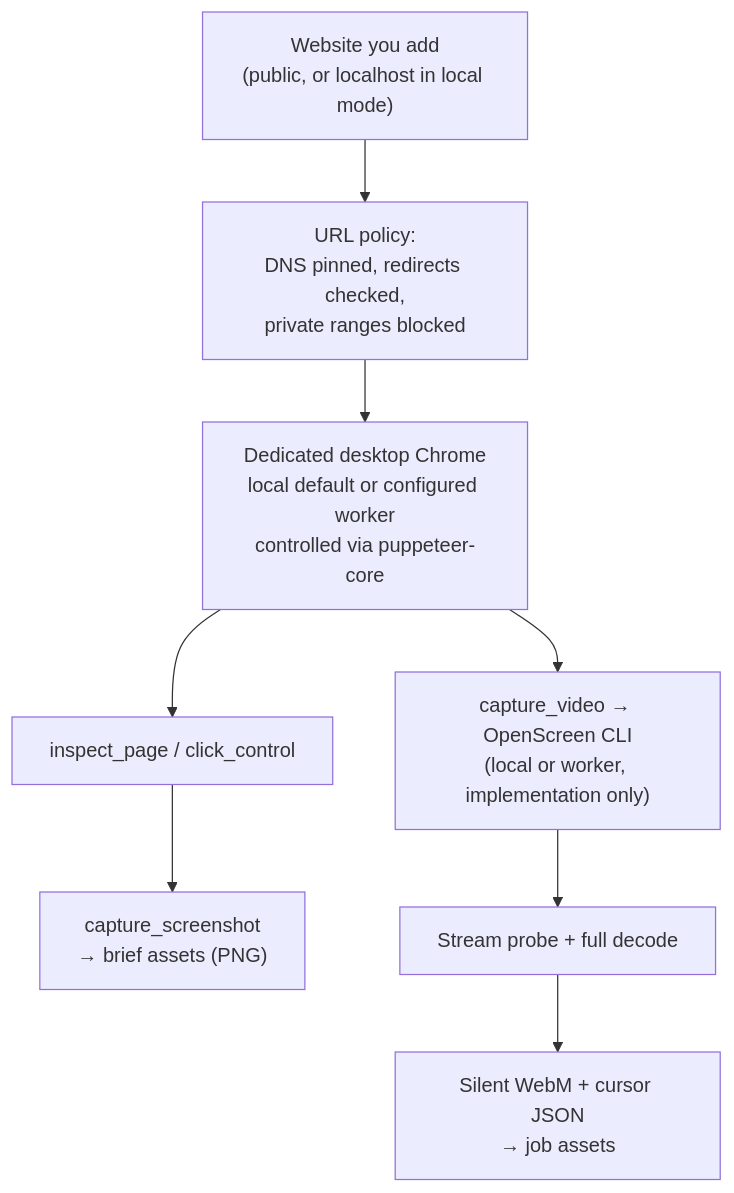
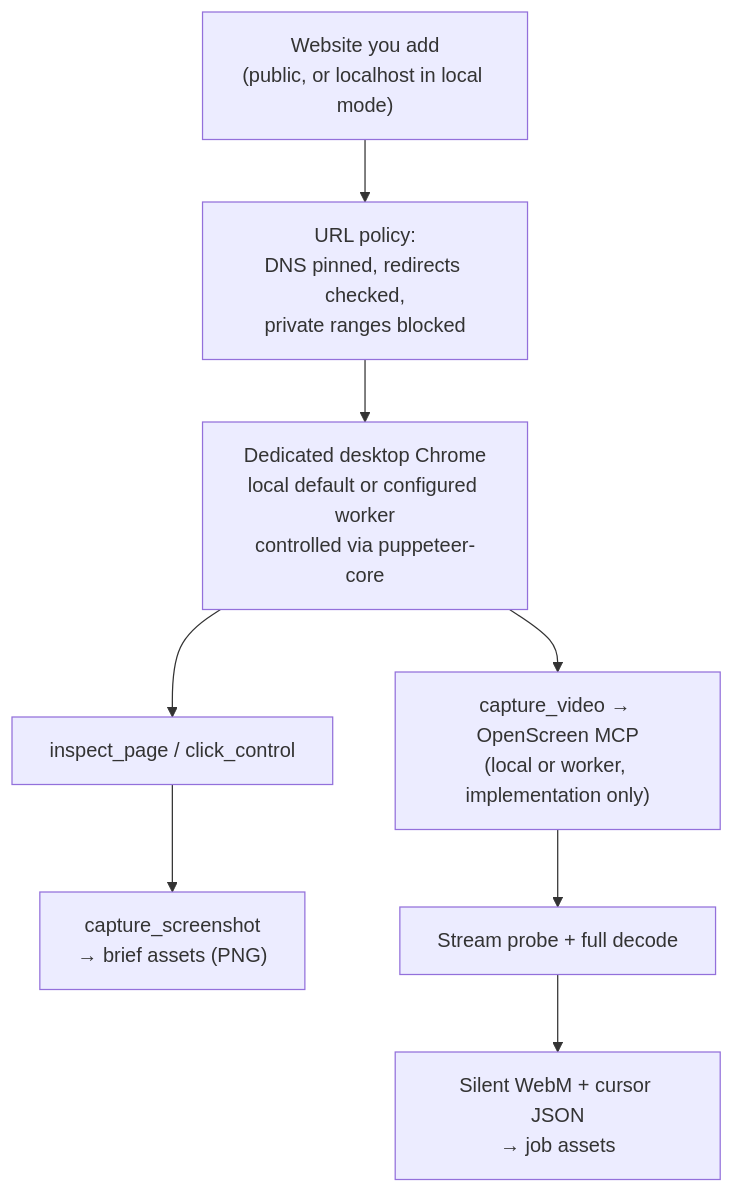
Before and after one commit to delexw/kiteva: diagram 11 of 13 in docs/architecture.md, drawn with Mermaid. The commit also changed other lines of this file and 155 other files, not shown here.

````diff
--- a/docs/architecture.md
+++ b/docs/architecture.md
@@ -385,10 +394,10 @@
 ```mermaid
 flowchart TB
   URL["Website you add<br/>(public, or localhost in local mode)"] --> Check["URL policy:<br/>DNS pinned, redirects checked,<br/>private ranges blocked"]
   Check --> Session["Dedicated desktop Chrome<br/>local default or configured worker<br/>controlled via puppeteer-core"]
   Session --> Inspect["inspect_page / click_control"]
   Inspect --> Shot["capture_screenshot<br/>→ brief assets (PNG)"]
-  Session --> Rec["capture_video → OpenScreen CLI<br/>(local or worker, implementation only)"]
+  Session --> Rec["capture_video → OpenScreen MCP<br/>(local or worker, implementation only)"]
   Rec --> Probe["Stream probe + full decode"]
   Probe --> Footage["Silent WebM + cursor JSON<br/>→ job assets"]
 ```
````
